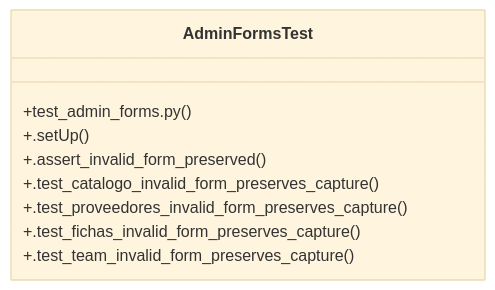
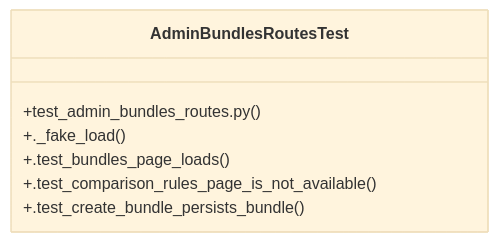
Before and after one commit to Daftrick/ProjectTracker: the diagram in graphify-out/wiki/Community_29.md, drawn with Mermaid (base theme). The commit also changed other lines of this file and 373 other files, not shown here.

````diff
--- a/graphify-out/wiki/Community_29.md
+++ b/graphify-out/wiki/Community_29.md
@@ -18,12 +18,10 @@
 ```mermaid
 classDiagram
-    class AdminFormsTest {
-        +test_admin_forms.py()
-        +.setUp()
-        +.assert_invalid_form_preserved()
-        +.test_catalogo_invalid_form_preserves_capture()
-        +.test_proveedores_invalid_form_preserves_capture()
-        +.test_fichas_invalid_form_preserves_capture()
-        +.test_team_invalid_form_preserves_capture()
+    class AdminBundlesRoutesTest {
+        +test_admin_bundles_routes.py()
+        +._fake_load()
+        +.test_bundles_page_loads()
+        +.test_comparison_rules_page_is_not_available()
+        +.test_create_bundle_persists_bundle()
     }
 ```
````
